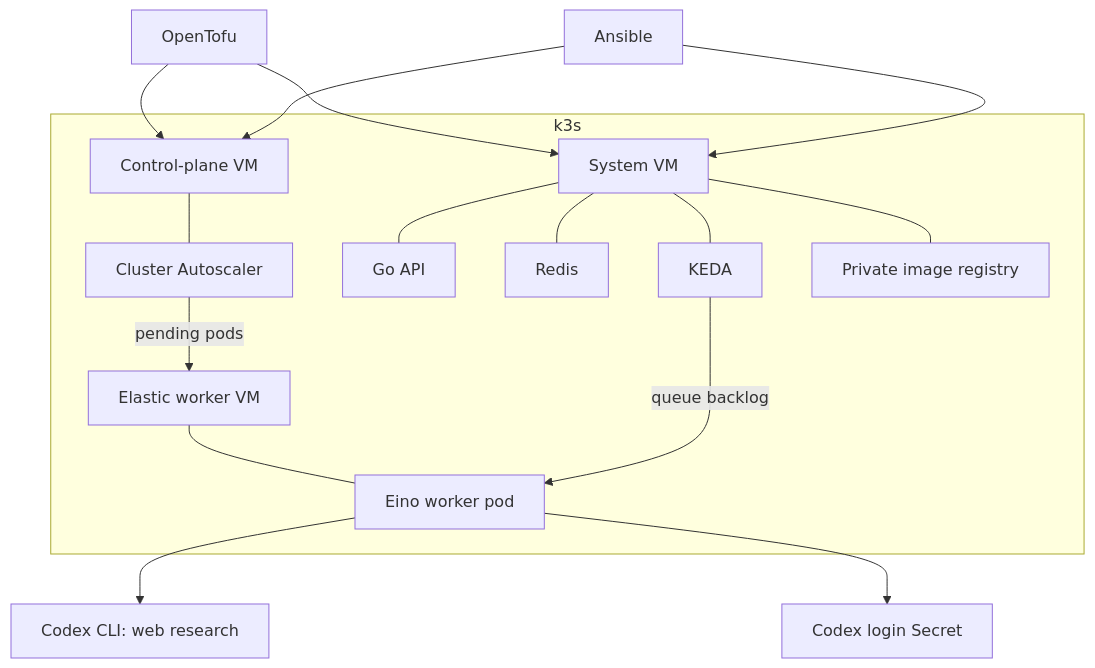
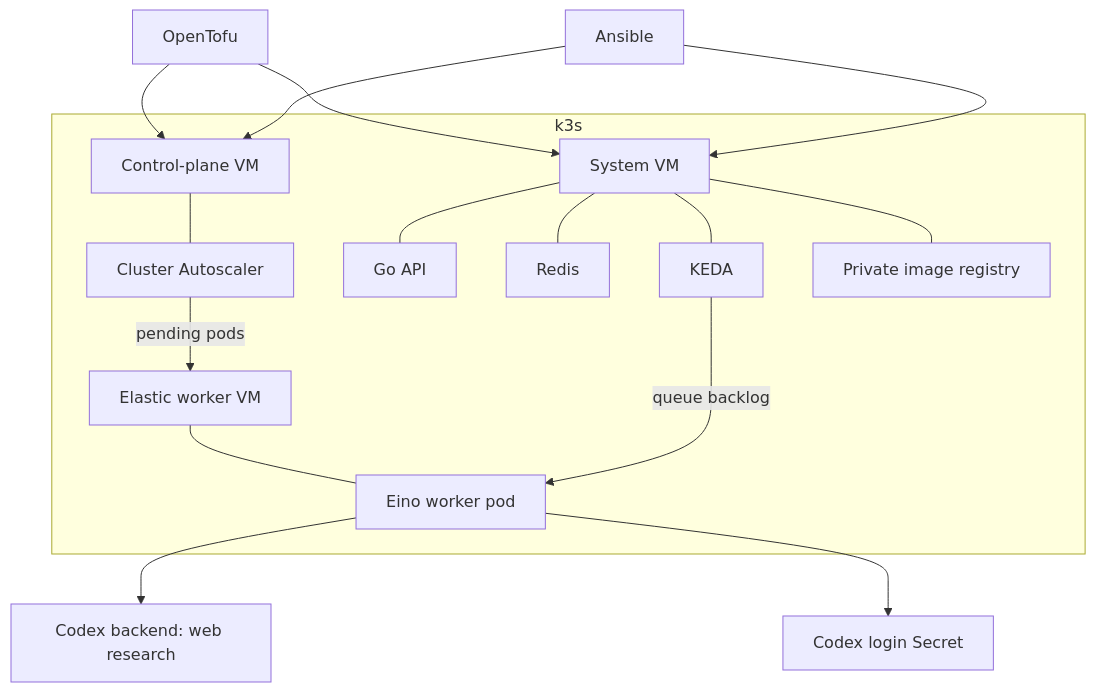
The diagram in docs/architecture.md (simonbalfe/k3s-hetzner-adk-research), drawn with Mermaid before and after one commit. The commit also changed other lines of this file and 8 other files, not shown here.

Commit message:
Use native ChatGPT auth without Codex CLI

````diff
--- a/docs/architecture.md
+++ b/docs/architecture.md
@@ -3,19 +3,19 @@
 ```mermaid
 flowchart TB
   T[OpenTofu] --> C[Control-plane VM]
   T --> S[System VM]
   A[Ansible] --> C
   A --> S
   subgraph k3s
     C --- CA[Cluster Autoscaler]
     S --- API[Go API]
     S --- R[Redis]
     S --- K[KEDA]
     S --- Registry[Private image registry]
     W[Elastic worker VM] --- P[Eino worker pod]
   end
   K -->|queue backlog| P
   CA -->|pending pods| W
-  P --> Codex[Codex CLI: web research]
+  P --> Codex[Codex backend: web research]
   P --> Auth[Codex login Secret]
 ```
````
